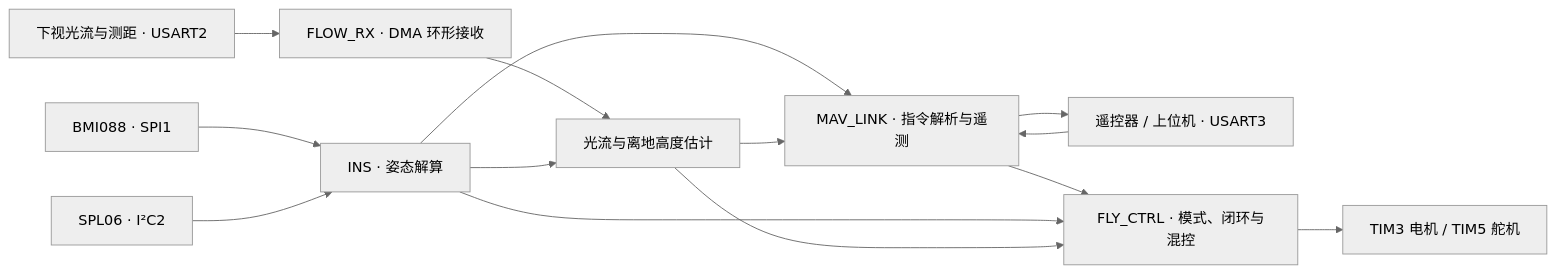
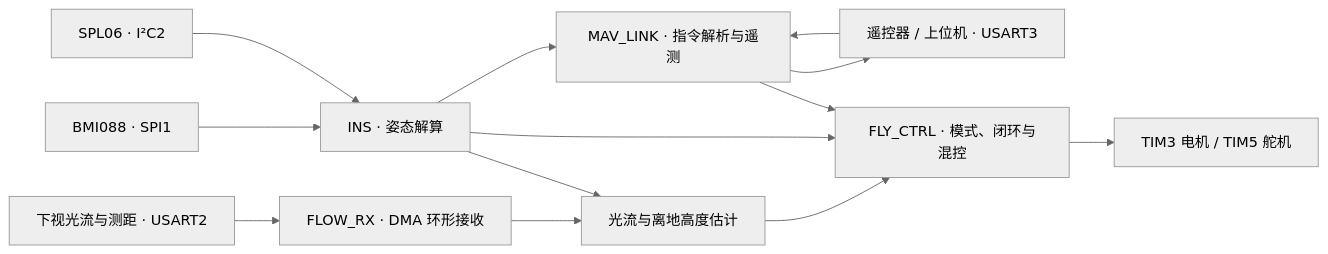
Before and after one commit to HuangGL03/XUSTBfly_control: the diagram in README.md, drawn with Mermaid (neutral theme). The commit also changed other lines of this file and 8 other files, not shown here.

First line of the commit message:
Update optical-flow control and MAVLink telemetry

````diff
--- a/README.md
+++ b/README.md
@@ -20,16 +20,15 @@
 ```mermaid
 flowchart LR
     IMU["BMI088 · SPI1"] --> INS["INS · 姿态解算"]
     BARO["SPL06 · I²C2"] --> INS
     SENSOR["下视光流与测距 · USART2"] --> RX["FLOW_RX · DMA 环形接收"]
     RX --> EST["光流与离地高度估计"]
     INS --> EST
     GCS["遥控器 / 上位机 · USART3"] --> MAV["MAV_LINK · 指令解析与遥测"]
     MAV --> CTRL["FLY_CTRL · 模式、闭环与混控"]
     INS --> CTRL
     EST --> CTRL
     CTRL --> PWM["TIM3 电机 / TIM5 舵机"]
     INS --> MAV
-    EST --> MAV
     MAV --> GCS
 ```
````
